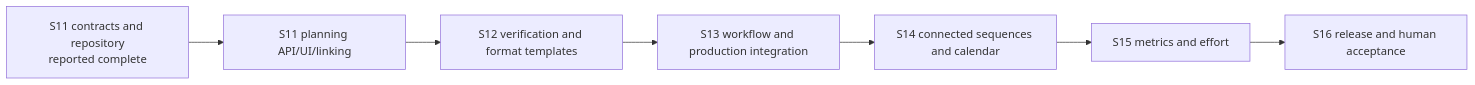
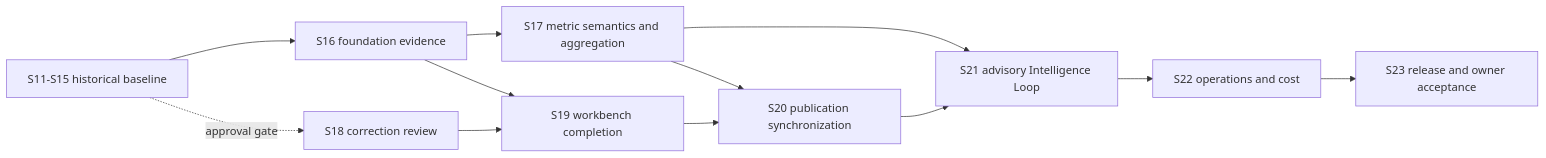
Before and after one commit to Jithendranageswarareddy/burra_pariksha_cms: the diagram in docs/sprints/CORE-REQUIREMENTS-ROADMAP.md, drawn with Mermaid. The commit also changed other lines of this file and 2 other files, not shown here.

Commit message:
docs: establish requirements architecture roadmap

````diff
--- a/docs/sprints/CORE-REQUIREMENTS-ROADMAP.md
+++ b/docs/sprints/CORE-REQUIREMENTS-ROADMAP.md
@@ -159,9 +296,14 @@
 ```mermaid
 flowchart LR
-  A[S11 contracts and repository\nreported complete] --> B[S11 planning API/UI/linking]
-  B --> C[S12 verification and format templates]
-  C --> D[S13 workflow and production integration]
-  D --> E[S14 connected sequences and calendar]
-  E --> F[S15 metrics and effort]
-  F --> G[S16 release and human acceptance]
+  A[S11-S15 historical baseline] --> B[S16 foundation evidence]
+  B --> C[S17 metric semantics and aggregation]
+  B --> D[S19 workbench completion]
+  C --> E[S20 publication synchronization]
+  D --> E
+  C --> F[S21 advisory Intelligence Loop]
+  E --> F
+  F --> G[S22 operations and cost]
+  G --> H[S23 release and owner acceptance]
+  A -. approval gate .-> I[S18 correction review]
+  I --> D
 ```
````
